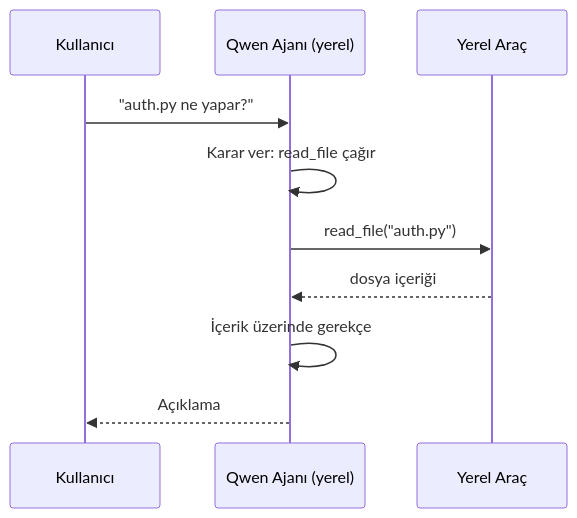
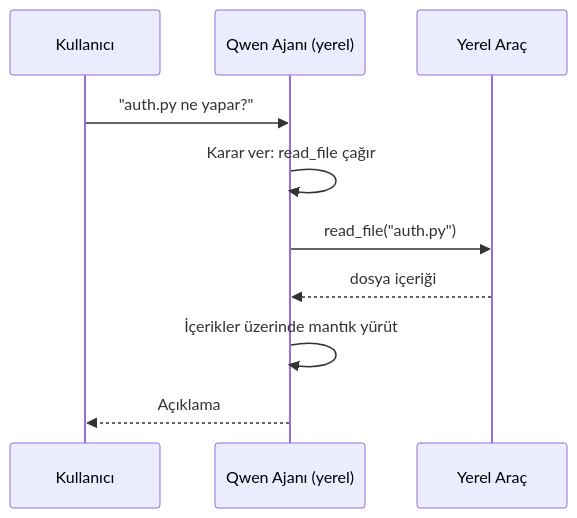
The second of 4 diagrams in translations/tr/17-creating-local-ai-agents/README.md (microsoft/ai-agents-for-beginners), drawn with Mermaid before and after one commit. The commit also changed other lines of this file and 47 other files, not shown here.

````diff
--- a/translations/tr/17-creating-local-ai-agents/README.md
+++ b/translations/tr/17-creating-local-ai-agents/README.md
@@ -106,12 +106,12 @@
 ```mermaid
 sequenceDiagram
     participant U as Kullanıcı
     participant A as Qwen Ajanı (yerel)
     participant T as Yerel Araç
     U->>A: "auth.py ne yapar?"
     A->>A: Karar ver: read_file çağır
     A->>T: read_file("auth.py")
     T-->>A: dosya içeriği
-    A->>A: İçerik üzerinde gerekçe
+    A->>A: İçerikler üzerinde mantık yürüt
     A-->>U: Açıklama
 ```
````
